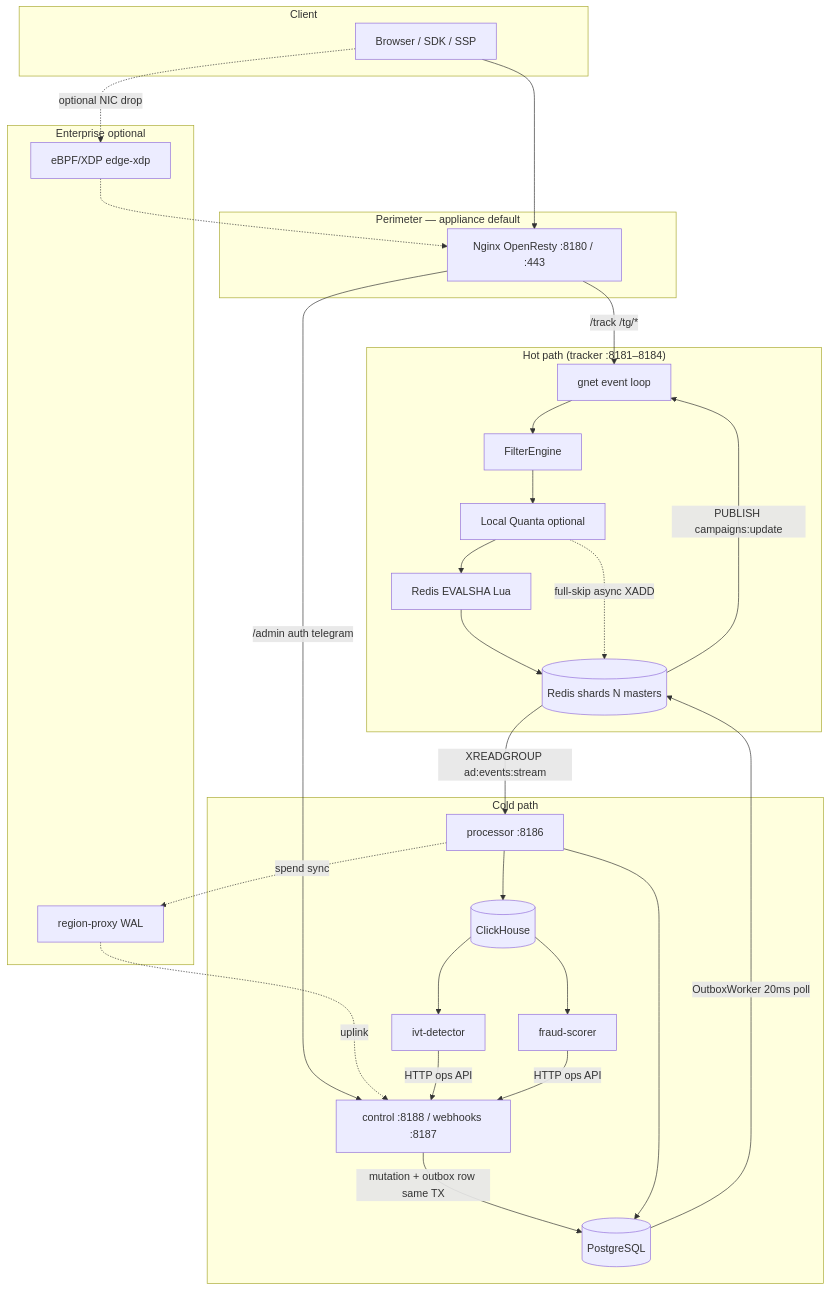
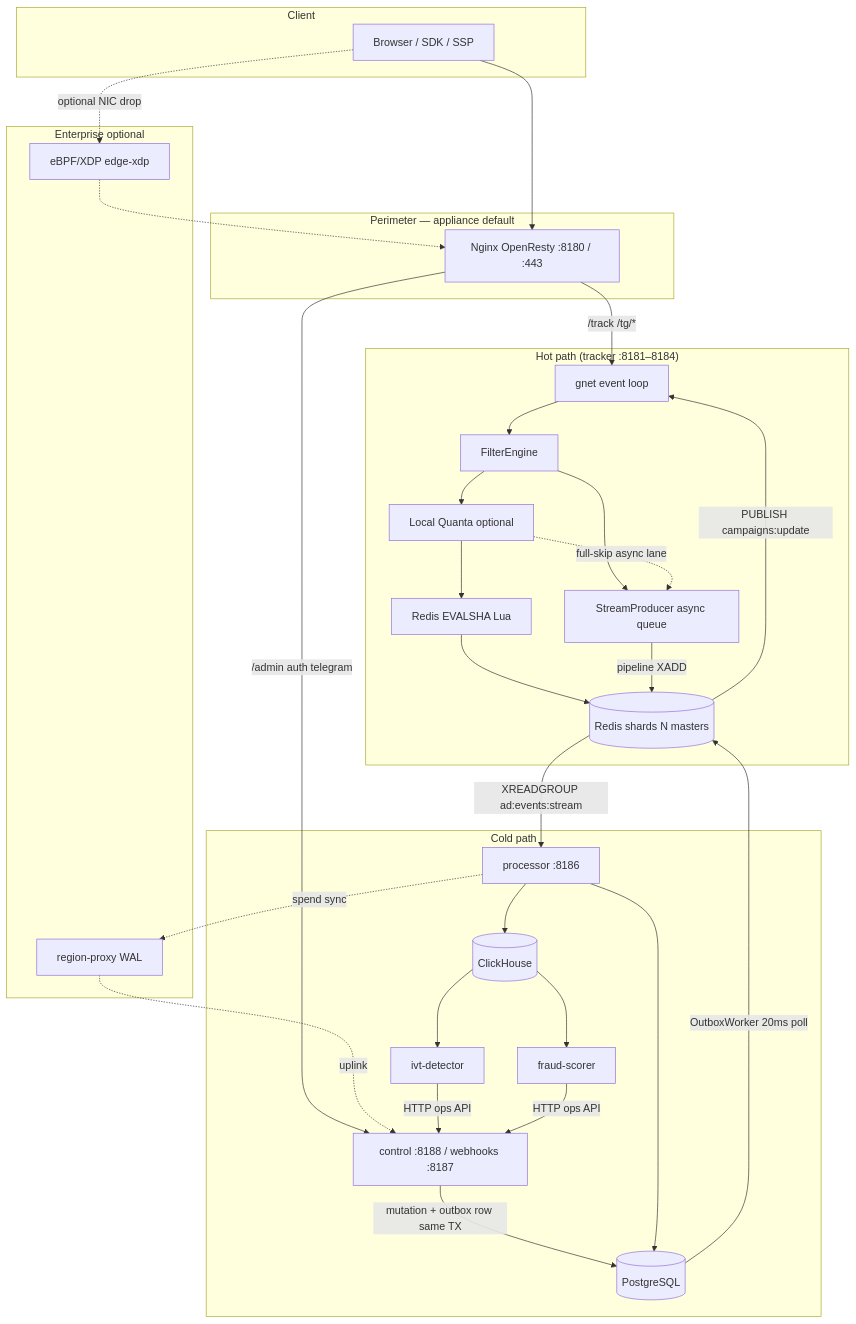
Before and after one commit to mykhailov-ua/ad-event-processor: the first of 5 diagrams in docs/ARCHITECTURE.md, drawn with Mermaid. The commit also changed other lines of this file and 209 other files, not shown here.

````diff
--- a/docs/ARCHITECTURE.md
+++ b/docs/ARCHITECTURE.md
@@ -9,59 +9,62 @@
 ```mermaid
 flowchart TB
     subgraph Client
         C[Browser / SDK / SSP]
     end
 
     subgraph Perimeter["Perimeter — appliance default"]
         NGX[Nginx OpenResty :8180 / :443]
     end
 
     subgraph EnterpriseOpt["Enterprise optional"]
         XDP[eBPF/XDP edge-xdp]
         RP[region-proxy WAL]
     end
 
     subgraph HotPath["Hot path (tracker :8181–8184)"]
         GNET[gnet event loop]
         FE[FilterEngine]
         LUA[Redis EVALSHA Lua]
         LQ[Local Quanta optional]
+        SP[StreamProducer async queue]
         RS[(Redis shards N masters)]
     end
 
     subgraph ColdPath["Cold path"]
         CTRL[control :8188 / webhooks :8187]
         PG[(PostgreSQL)]
         PROC[processor :8186]
         CH[(ClickHouse)]
         IVT[ivt-detector]
         FS[fraud-scorer]
     end
 
     C --> NGX
     C -. optional NIC drop .-> XDP
     XDP -.-> NGX
     NGX -->|/track /tg/*| GNET
     NGX -->|/admin auth telegram| CTRL
 
     GNET --> FE
     FE --> LQ
     LQ --> LUA
     LUA --> RS
-    LQ -.->|full-skip async XADD| RS
+    FE --> SP
+    SP -->|pipeline XADD| RS
+    LQ -.->|full-skip async lane| SP
 
     CTRL -->|mutation + outbox row same TX| PG
     PG -->|OutboxWorker 20ms poll| RS
     RS -->|PUBLISH campaigns:update| GNET
 
     RS -->|XREADGROUP ad:events:stream| PROC
     PROC --> PG
     PROC --> CH
     PROC -. spend sync .-> RP
     RP -. uplink .-> CTRL
 
     CH --> IVT
     CH --> FS
     IVT -->|HTTP ops API| CTRL
     FS -->|HTTP ops API| CTRL
 ```
````
